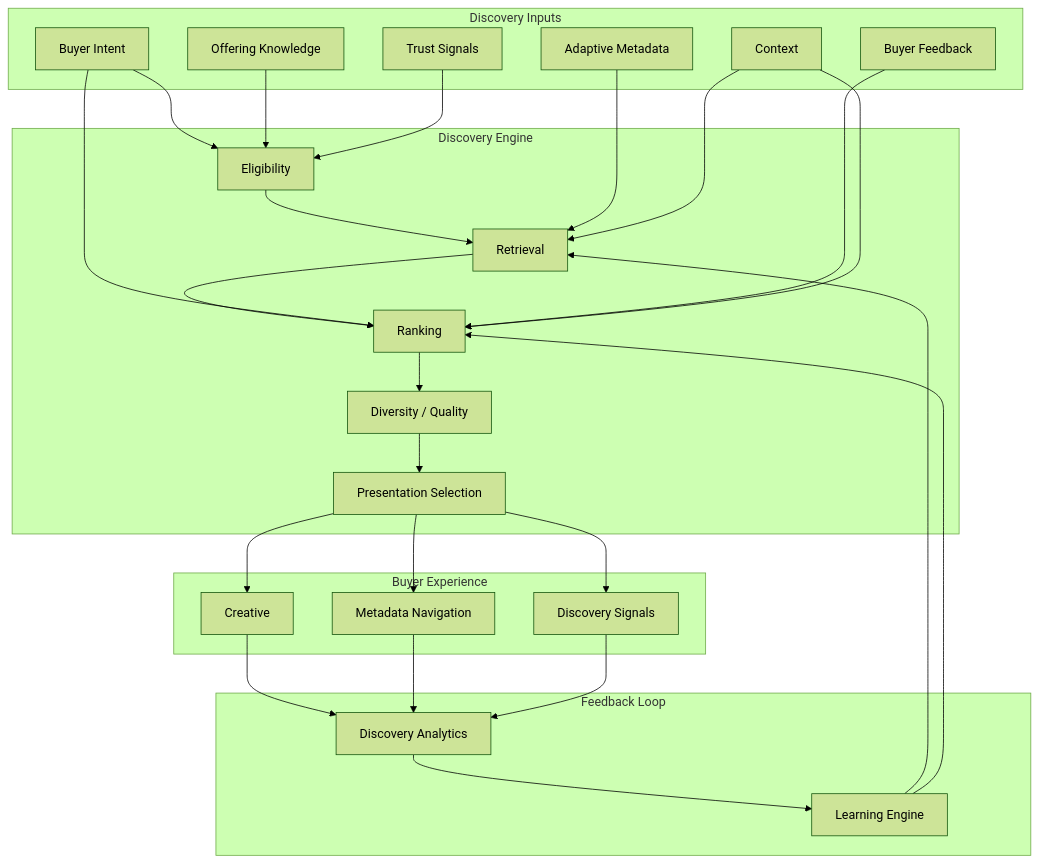
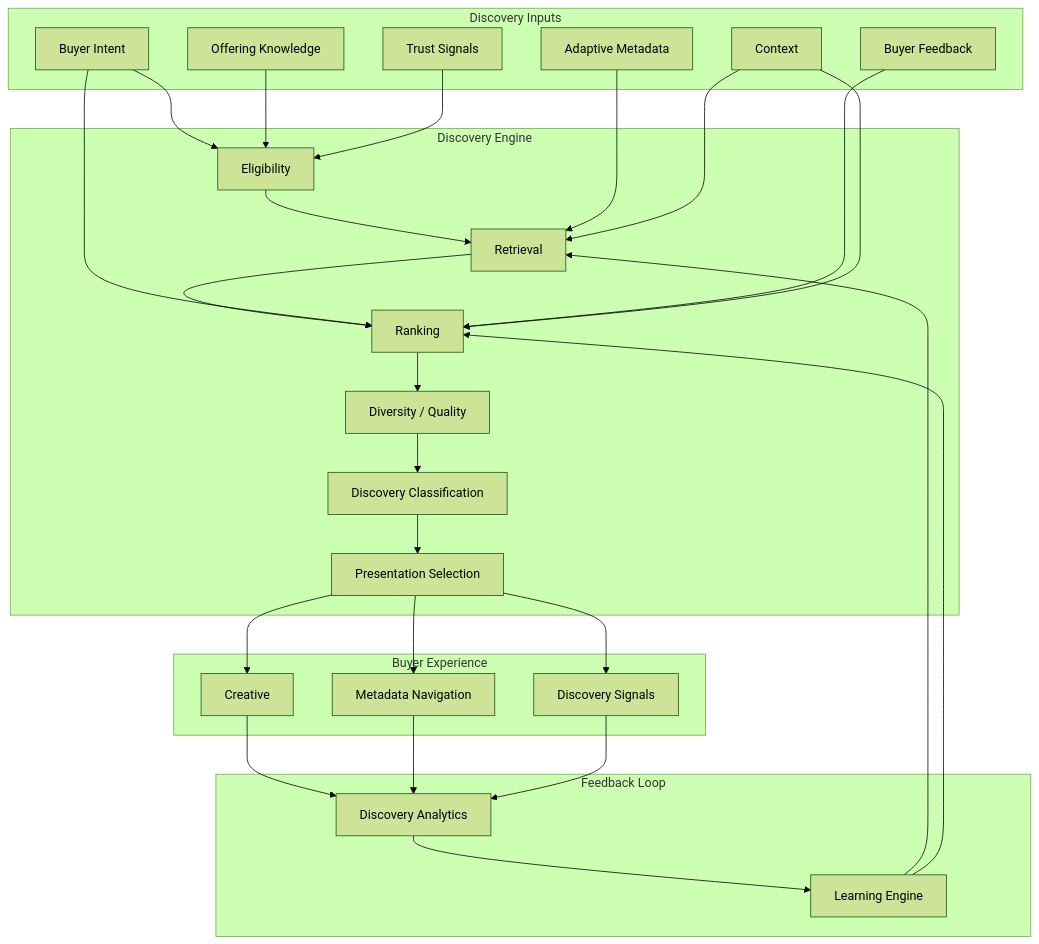
The second of 2 diagrams in docs/06-discovery-engine.md (petkao/pinkcurve-blueprint), drawn with Mermaid (forest theme) before and after one commit. The commit also changed other lines of this file and 4 other files, not shown here.

Commit message:
Align Discovery architecture across blueprint chapters

````diff
--- a/docs/06-discovery-engine.md
+++ b/docs/06-discovery-engine.md
@@ -1170,59 +1476,61 @@
 ```mermaid
 flowchart TB
 
     subgraph Inputs["Discovery Inputs"]
         BI[Buyer Intent]
         AM[Adaptive Metadata]
         OK[Offering Knowledge]
         CT[Context]
         FB[Buyer Feedback]
         TS[Trust Signals]
     end
 
     subgraph Engine["Discovery Engine"]
         EL[Eligibility]
         RT[Retrieval]
         RK[Ranking]
         DV[Diversity / Quality]
+        DC[Discovery Classification]
         PS[Presentation Selection]
     end
 
     subgraph Experience["Buyer Experience"]
         CR[Creative]
         MD[Metadata Navigation]
         DS[Discovery Signals]
     end
 
     subgraph Learning["Feedback Loop"]
         DA[Discovery Analytics]
         LE[Learning Engine]
     end
 
     BI --> EL
     OK --> EL
     TS --> EL
 
     EL --> RT
     AM --> RT
     CT --> RT
 
     RT --> RK
     BI --> RK
     FB --> RK
     CT --> RK
 
     RK --> DV
-    DV --> PS
+    DV --> DC
+    DC --> PS
 
     PS --> CR
     PS --> MD
     PS --> DS
 
     CR --> DA
     MD --> DA
     DS --> DA
 
     DA --> LE
     LE --> RT
     LE --> RK
 ```
````
